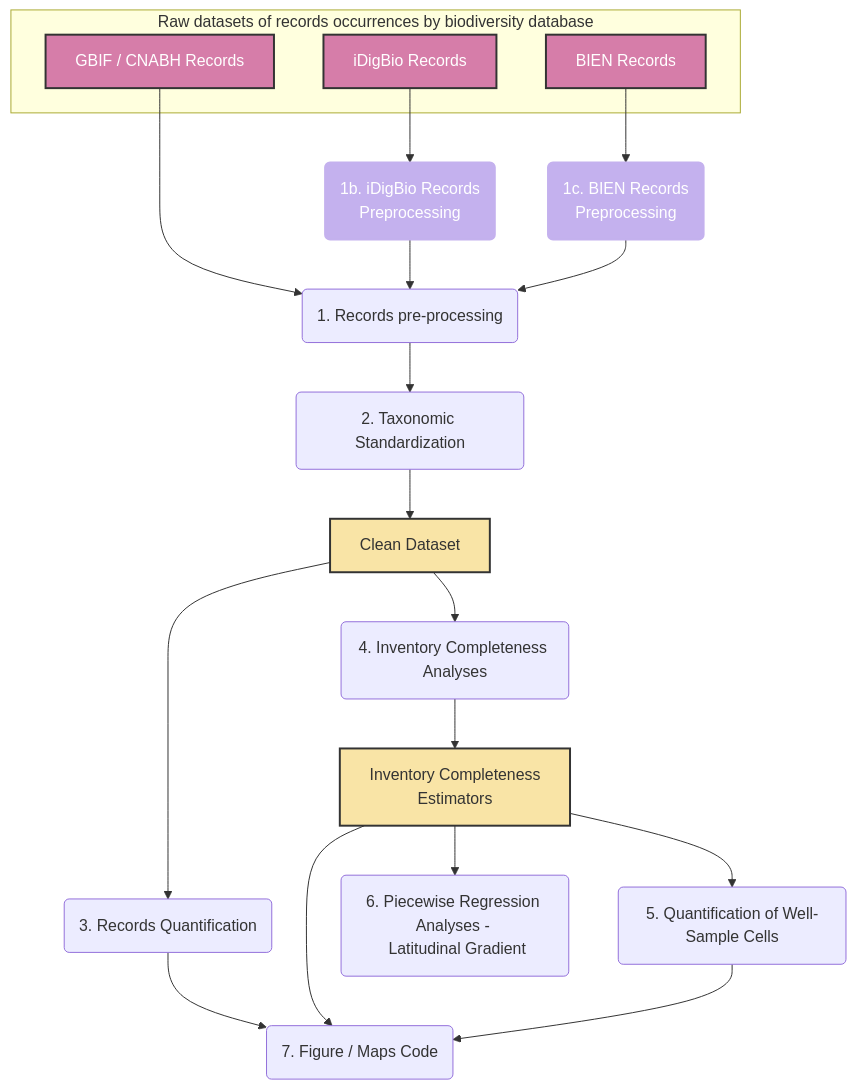
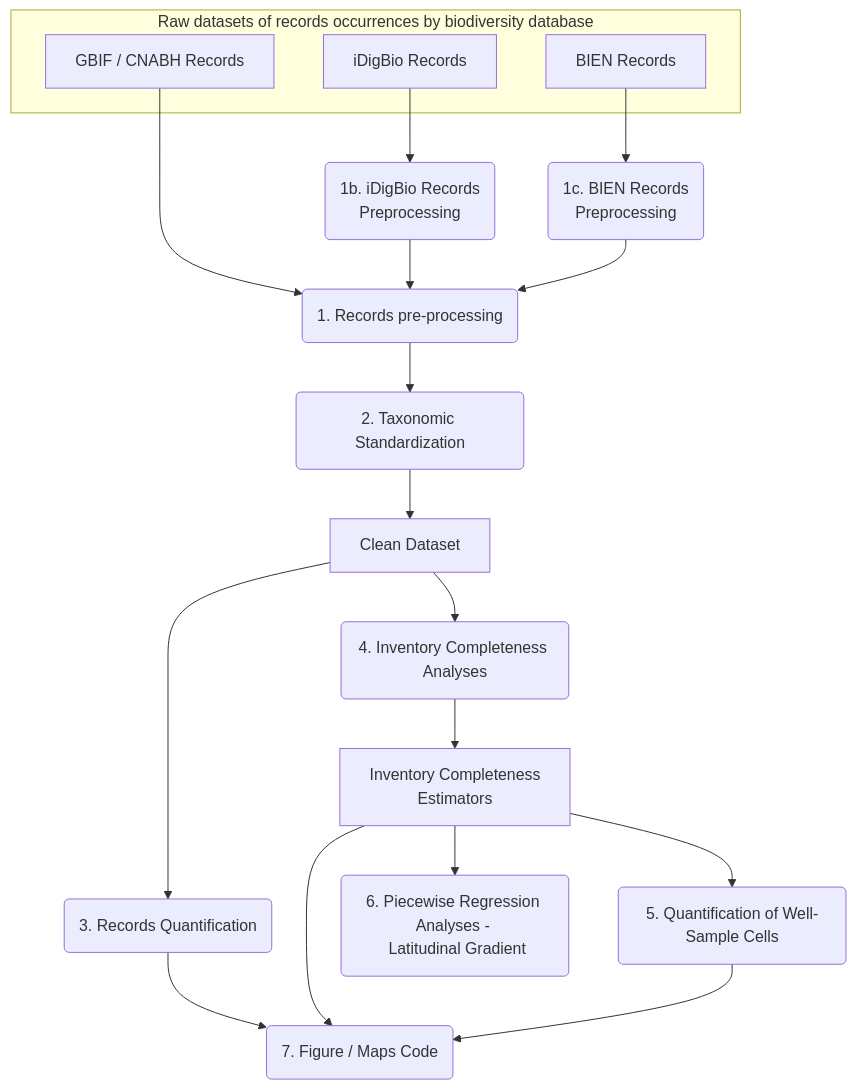
Before and after one commit to cRonFer/bioDivRecordsAnalyses: the diagram in README.md, drawn with Mermaid.

````diff
--- a/README.md
+++ b/README.md
@@ -11,33 +11,27 @@
 ```mermaid
 flowchart TD;
   A[GBIF / CNABH Records] --> B(1. Records pre-processing);
   C(1b. iDigBio Records \n Preprocessing)--> B;
   E[iDigBio Records] --> C;
   D(1c. BIEN Records \n Preprocessing)--> B;
   F[BIEN Records] --> D;
   
   B --> G(2. Taxonomic Standardization);
   G --> H[Clean Dataset];
   H --> I(3. Records Quantification);
   H --> K(4. Inventory Completeness Analyses);
   K --> L[Inventory Completeness \n Estimators];
   L --> M(5. Quantification of Well-Sample Cells);
   
   I --> O(7. Figure / Maps Code);
   L --> O(7. Figure / Maps Code);
   M --> O(7. Figure / Maps Code);
   
   L --> N(6. Piecewise Regression Analyses - \n Latitudinal Gradient);
   
-  style A fill:#d67da9, stroke:#333,stroke-width:2px,color:#fff;
-  style E fill:#d67da9, stroke:#333,stroke-width:2px,color:#fff;
-  style F fill:#d67da9, stroke:#333,stroke-width:2px,color:#fff;
-  style H fill:#f9e4a6, stroke:#333,stroke-width:2px,color:#333;
-  style L fill:#f9e4a6, stroke:#333,stroke-width:2px,color:#333;
-  style C fill:#c4b1ee, stroke:#c4b1ee,stroke-width:2px,color:#fff;
-  style D fill:#c4b1ee, stroke:#c4b1ee,stroke-width:2px,color:#fff;
+  
     
   subgraph Raw datasets of records occurrences by biodiversity database
   A & E & F
   end;
 ```
````
